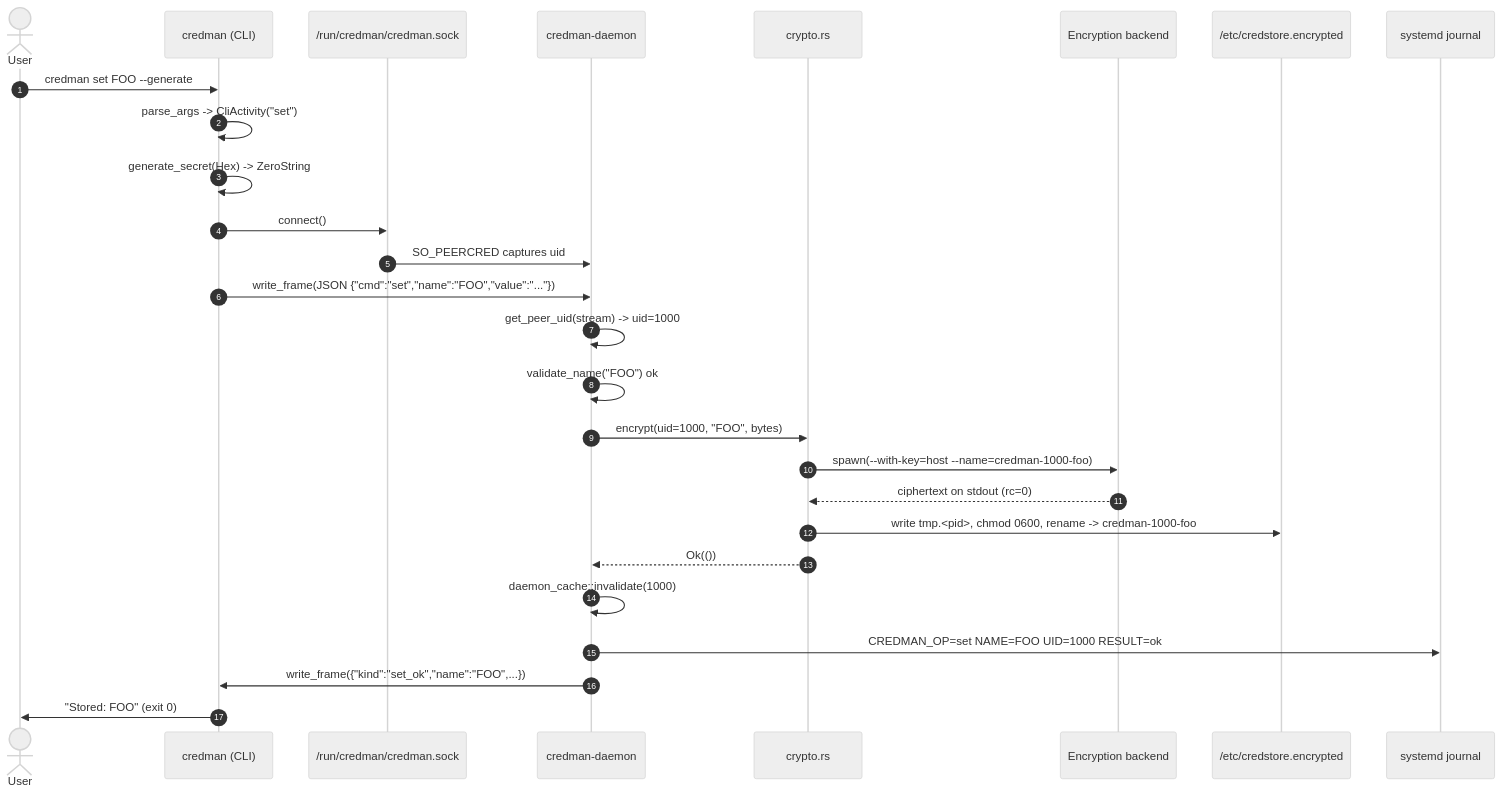
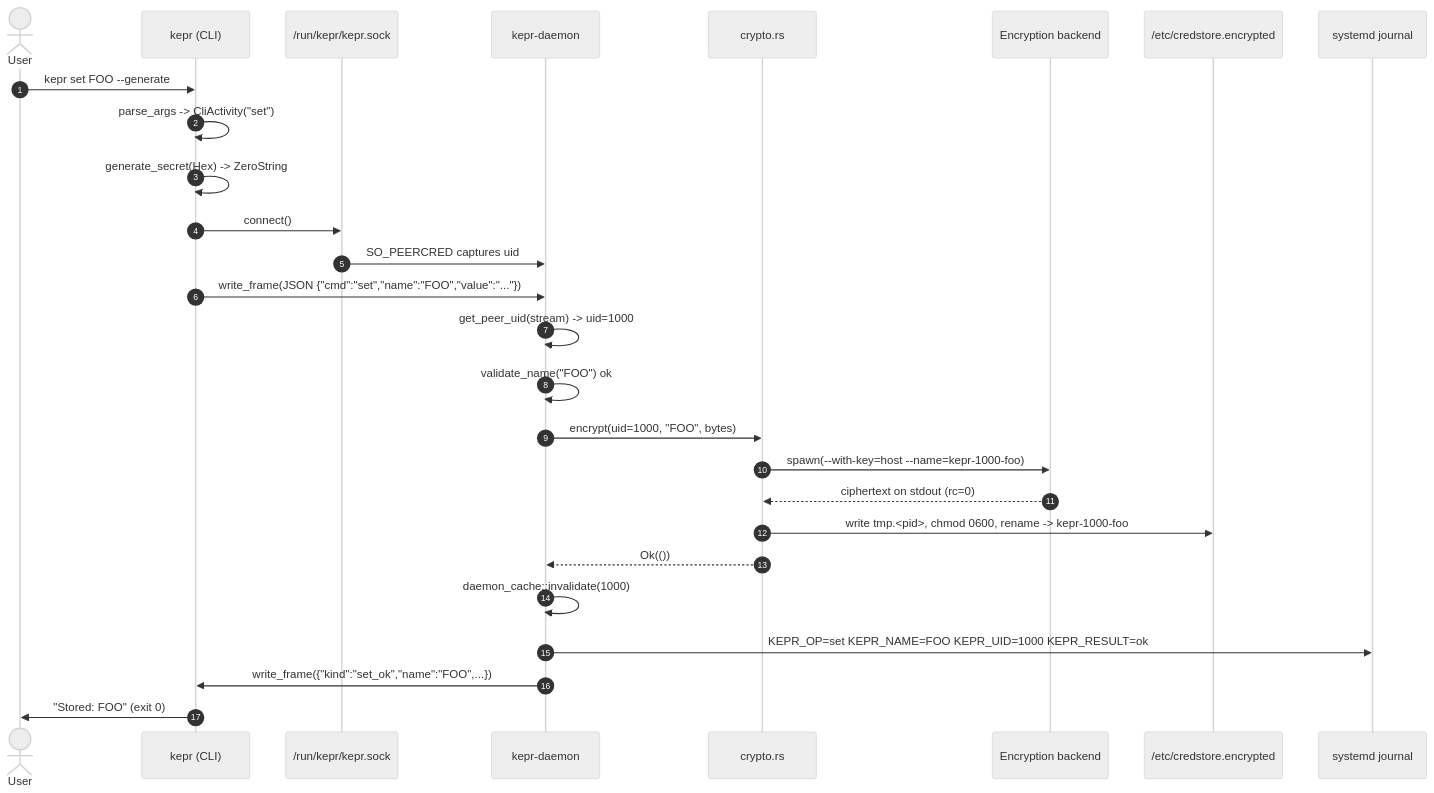
The first of 5 diagrams in docs/content/docs/architecture/sequence-diagrams.mdx (justdoGIT/kepr), drawn with Mermaid (neutral theme) before and after one commit. The commit also changed other lines of this file and 52 other files, not shown here.

First line of the commit message:
Rename project: credman → kepr (#35)

````diff
--- a/docs/content/docs/architecture/sequence-diagrams.mdx
+++ b/docs/content/docs/architecture/sequence-diagrams.mdx
@@ -8,30 +8,30 @@
 ```mermaid
 sequenceDiagram
     autonumber
     actor U as User
-    participant CLI as credman (CLI)
-    participant SOCK as /run/credman/credman.sock
-    participant D as credman-daemon
+    participant CLI as kepr (CLI)
+    participant SOCK as /run/kepr/kepr.sock
+    participant D as kepr-daemon
     participant CR as crypto.rs
     participant BE as Encryption backend
     participant FS as /etc/credstore.encrypted
     participant J as systemd journal
 
-    U->>CLI: credman set FOO --generate
+    U->>CLI: kepr set FOO --generate
     CLI->>CLI: parse_args -> CliActivity("set")
     CLI->>CLI: generate_secret(Hex) -> ZeroString
     CLI->>SOCK: connect()
     SOCK->>D: SO_PEERCRED captures uid
     CLI->>D: write_frame(JSON {"cmd":"set","name":"FOO","value":"..."})
     D->>D: get_peer_uid(stream) -> uid=1000
     D->>D: validate_name("FOO") ok
     D->>CR: encrypt(uid=1000, "FOO", bytes)
-    CR->>BE: spawn(--with-key=host --name=credman-1000-foo)
+    CR->>BE: spawn(--with-key=host --name=kepr-1000-foo)
     BE-->>CR: ciphertext on stdout (rc=0)
-    CR->>FS: write tmp.<pid>, chmod 0600, rename -> credman-1000-foo
+    CR->>FS: write tmp.<pid>, chmod 0600, rename -> kepr-1000-foo
     CR-->>D: Ok(())
     D->>D: daemon_cache::invalidate(1000)
-    D->>J: CREDMAN_OP=set NAME=FOO UID=1000 RESULT=ok
+    D->>J: KEPR_OP=set KEPR_NAME=FOO KEPR_UID=1000 KEPR_RESULT=ok
     D->>CLI: write_frame({"kind":"set_ok","name":"FOO",...})
     CLI->>U: "Stored: FOO"  (exit 0)
 ```
````
